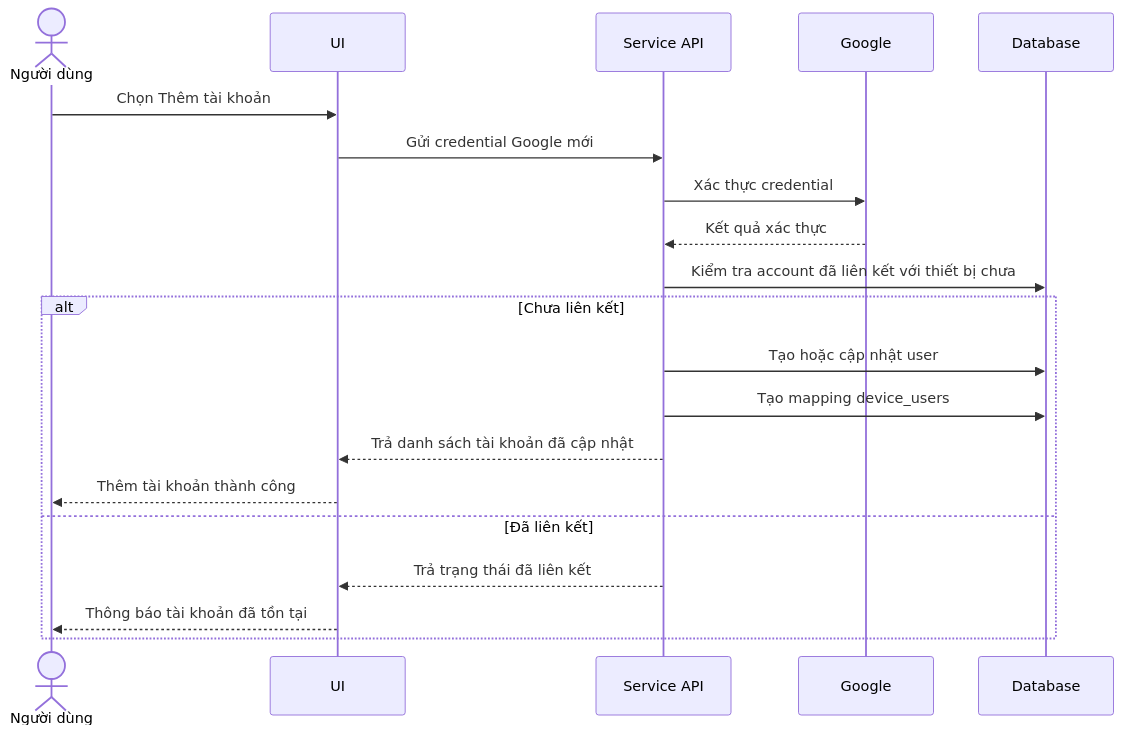
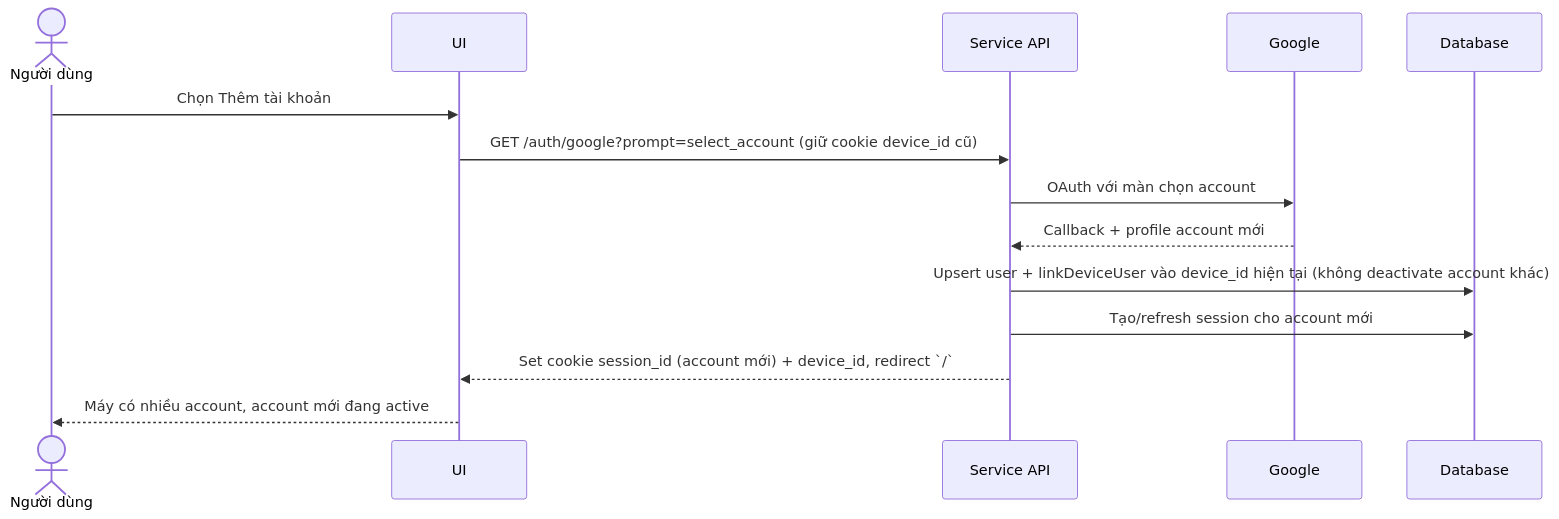
One commit to CVThien2k2/joytab changed the third of 7 diagrams in docs/thiet-ke-he-thong-20260522.md. Above: the diagram before and after it, drawn with Mermaid. The commit also changed other lines of this file and 14 other files, not shown here.

First line of the commit message:
Update security documentation, system architecture, and technology selection

````diff
--- a/docs/thiet-ke-he-thong-20260522.md
+++ b/docs/thiet-ke-he-thong-20260522.md
@@ -68,23 +77,17 @@
 ```mermaid
 sequenceDiagram
   actor ND as Người dùng
   participant UI
   participant API as Service API
   participant GG as Google
   participant DB as Database
 
   ND->>UI: Chọn Thêm tài khoản
-  UI->>API: Gửi credential Google mới
-  API->>GG: Xác thực credential
-  GG-->>API: Kết quả xác thực
-  API->>DB: Kiểm tra account đã liên kết với thiết bị chưa
-  alt Chưa liên kết
-    API->>DB: Tạo hoặc cập nhật user
-    API->>DB: Tạo mapping device_users
-    API-->>UI: Trả danh sách tài khoản đã cập nhật
-    UI-->>ND: Thêm tài khoản thành công
-  else Đã liên kết
-    API-->>UI: Trả trạng thái đã liên kết
-    UI-->>ND: Thông báo tài khoản đã tồn tại
-  end
+  UI->>API: GET /auth/google?prompt=select_account (giữ cookie device_id cũ)
+  API->>GG: OAuth với màn chọn account
+  GG-->>API: Callback + profile account mới
+  API->>DB: Upsert user + linkDeviceUser vào device_id hiện tại (không deactivate account khác)
+  API->>DB: Tạo/refresh session cho account mới
+  API-->>UI: Set cookie session_id (account mới) + device_id, redirect `/`
+  UI-->>ND: Máy có nhiều account, account mới đang active
 ```
````
